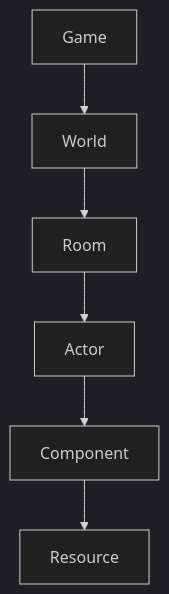
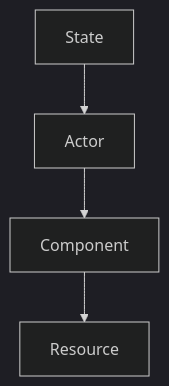
Before and after one commit to iamai74/project-echo: the second of 2 diagrams in docs/architecture/overview.md, drawn with Mermaid (dark theme). The commit also changed other lines of this file and 25 other files, not shown here.

````diff
--- a/docs/architecture/overview.md
+++ b/docs/architecture/overview.md
@@ -240,9 +262,7 @@
 ```mermaid
 flowchart TD
 
-Game --> World
-World --> Room
-Room --> Actor
-Actor --> Component
-Component --> Resource
+    Actor --> Component
+    Component --> Resource
+    State --> Actor
 ```
````
